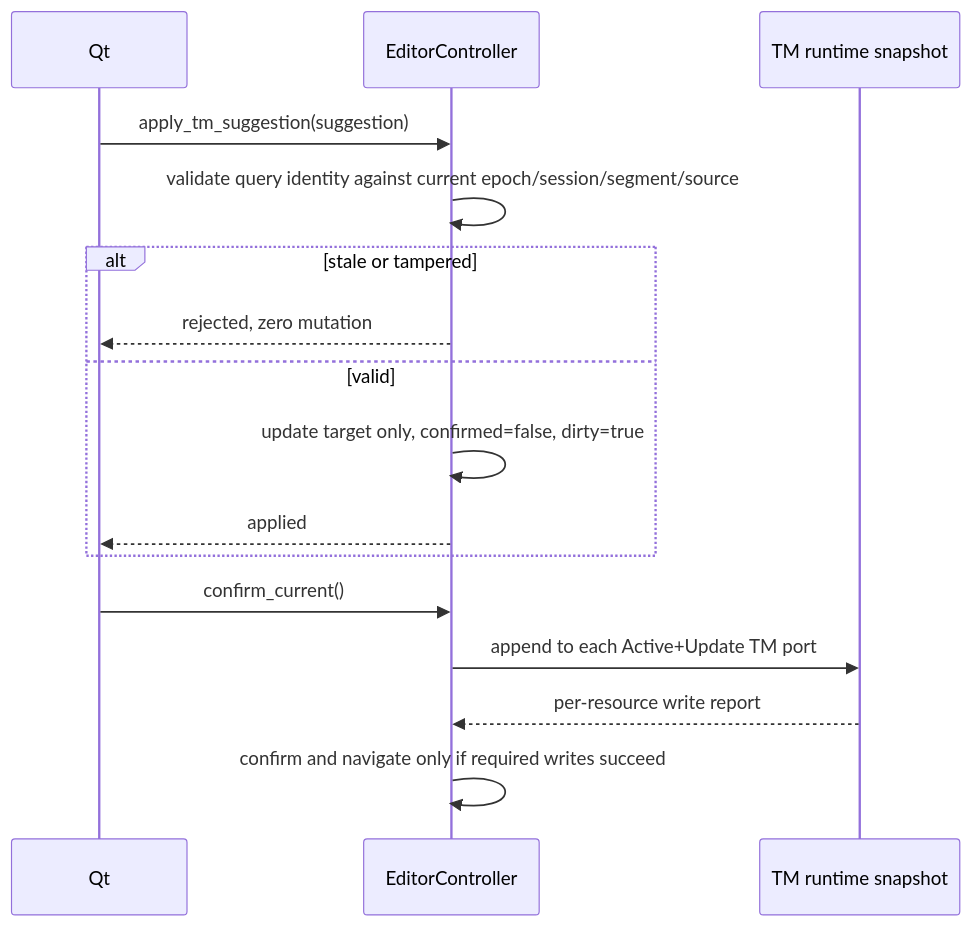
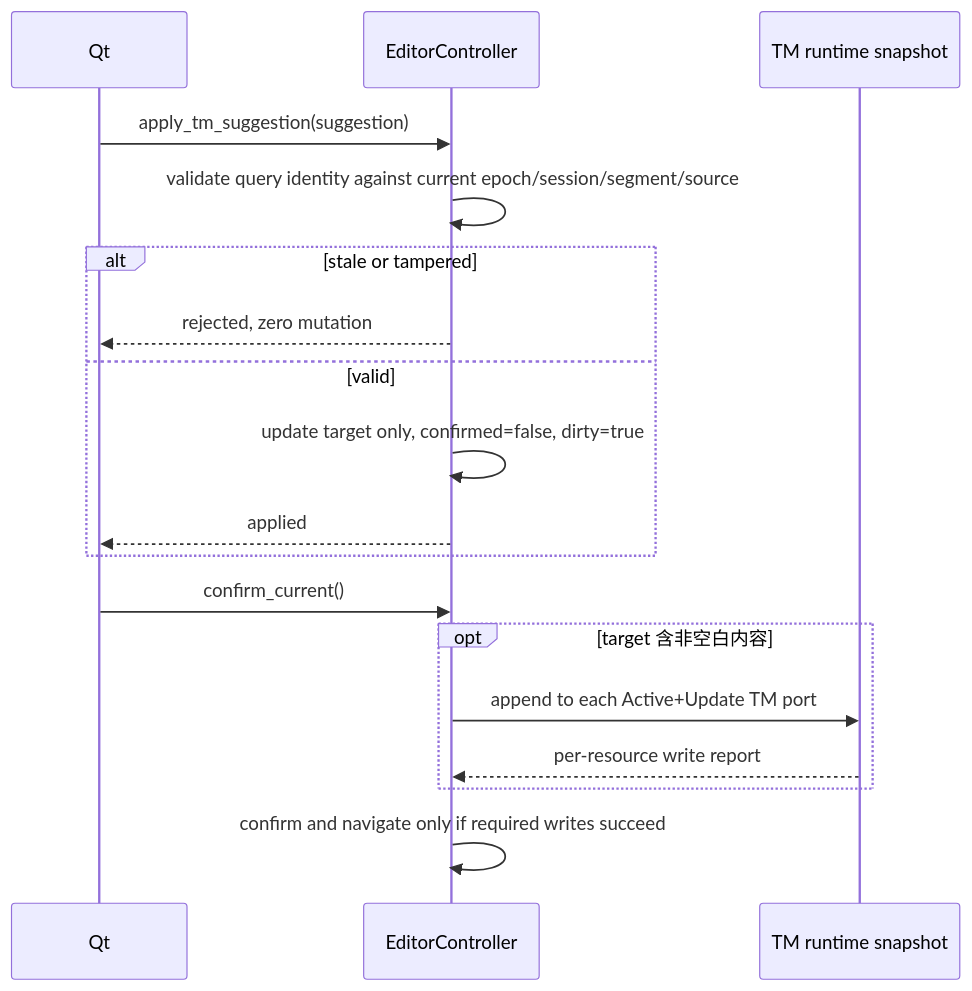
The fifth of 7 diagrams in .kiro/specs/feature5-ui-integration/design.md (BeFringe/LocalCAT), drawn with Mermaid before and after one commit. The commit also changed other lines of this file and 10 other files, not shown here.

````diff
--- a/.kiro/specs/feature5-ui-integration/design.md
+++ b/.kiro/specs/feature5-ui-integration/design.md
@@ -285,18 +285,20 @@
 ```mermaid
 sequenceDiagram
     participant Qt
     participant Ctrl as EditorController
     participant Runtime as TM runtime snapshot
     Qt->>Ctrl: apply_tm_suggestion(suggestion)
     Ctrl->>Ctrl: validate query identity against current epoch/session/segment/source
     alt stale or tampered
         Ctrl-->>Qt: rejected, zero mutation
     else valid
         Ctrl->>Ctrl: update target only, confirmed=false, dirty=true
         Ctrl-->>Qt: applied
     end
     Qt->>Ctrl: confirm_current()
-    Ctrl->>Runtime: append to each Active+Update TM port
-    Runtime-->>Ctrl: per-resource write report
+    opt target 含非空白内容
+        Ctrl->>Runtime: append to each Active+Update TM port
+        Runtime-->>Ctrl: per-resource write report
+    end
     Ctrl->>Ctrl: confirm and navigate only if required writes succeed
 ```
````
